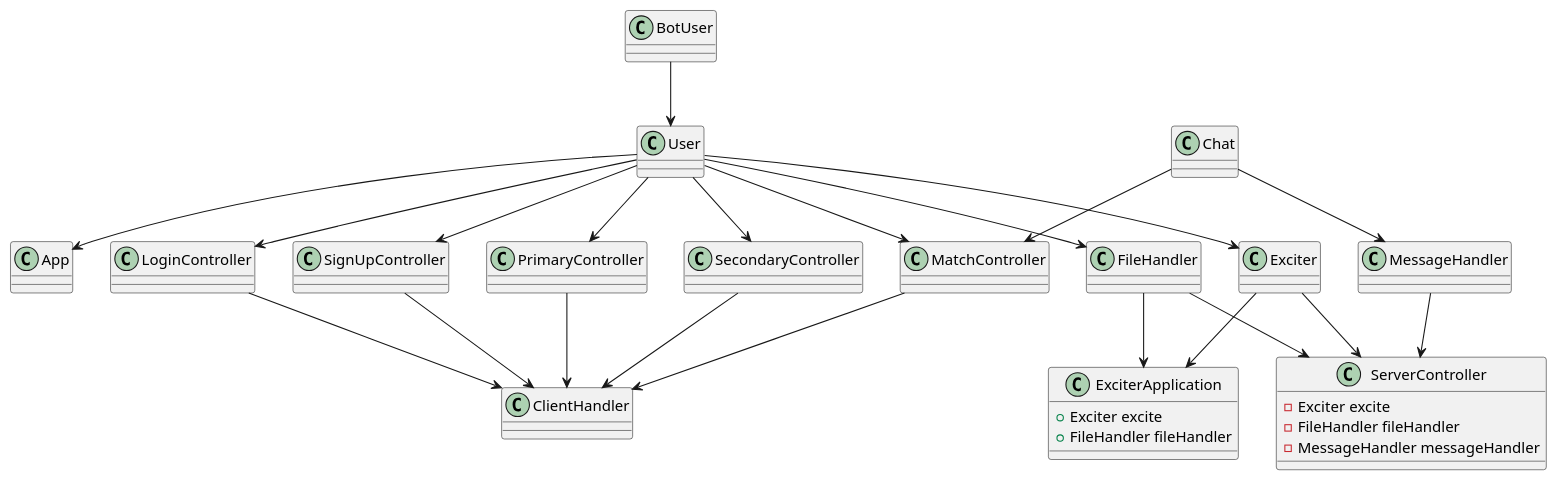
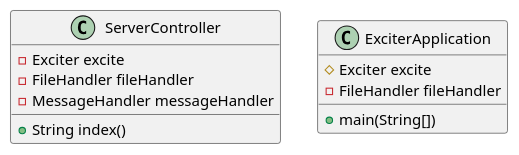
The diagram in docs/release 3/restserverDiagram.plantUML (Tordsg/Xcitr), drawn with PlantUML before and after one commit. The commit also changed 5 other files, not shown here.

Commit message:
made classdiagrams

```diff
--- a/docs/release 3/restserverDiagram.plantUML
+++ b/docs/release 3/restserverDiagram.plantUML
@@ -1,92 +1,25 @@
 @startuml restserver
 
 class ServerController {
     -Exciter excite
     -FileHandler fileHandler
     -MessageHandler messageHandler
+    +String index()
+
 
 }
 
 class ExciterApplication{
-    +Exciter excite
-    +FileHandler fileHandler
+    #Exciter excite
+    -FileHandler fileHandler
+    +main(String[])
+
 
 }
-
-class User{
-
-}
-
-class BotUser{
-
-}
-
-class Exciter{
-
-}
-
-class FileHandler{
-
-}
-
-class MessageHandler{
-    
-}
-
-class App{
-}
-
-class ClientHandler{
-
-}
-
-class LoginController{
-
-}
-
-class SignUpController{
-
-}
-
-class PrimaryController{
-
-}
-class SecondaryController{
-
-}
-class MatchController{
-
-}
-
-class Chat{
-
-}
-
-BotUser --> User
-User -->Exciter
-Exciter --> ServerController
-User --> FileHandler
-FileHandler --> ServerController
-MessageHandler --> ServerController
-Exciter --> ExciterApplication
-FileHandler --> ExciterApplication
-User --> App
-LoginController --> ClientHandler
-SignUpController --> ClientHandler
-PrimaryController --> ClientHandler
-SecondaryController --> ClientHandler
-MatchController --> ClientHandler
-User --> LoginController
-User --> MatchController
-Chat --> MatchController
-User --> PrimaryController
-User --> SecondaryController
-User --> SignUpController
-Chat --> MessageHandler
 
 
 
 
 
 
 @enduml
```
